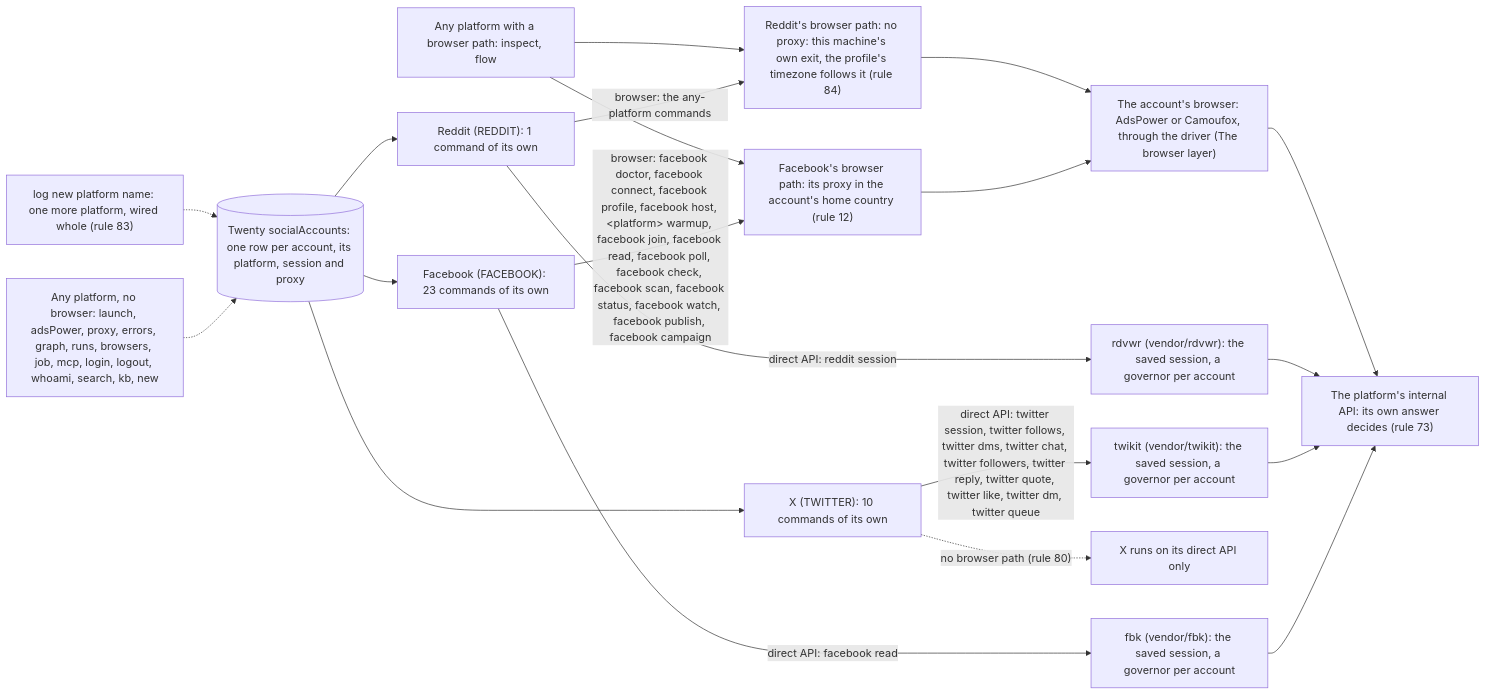
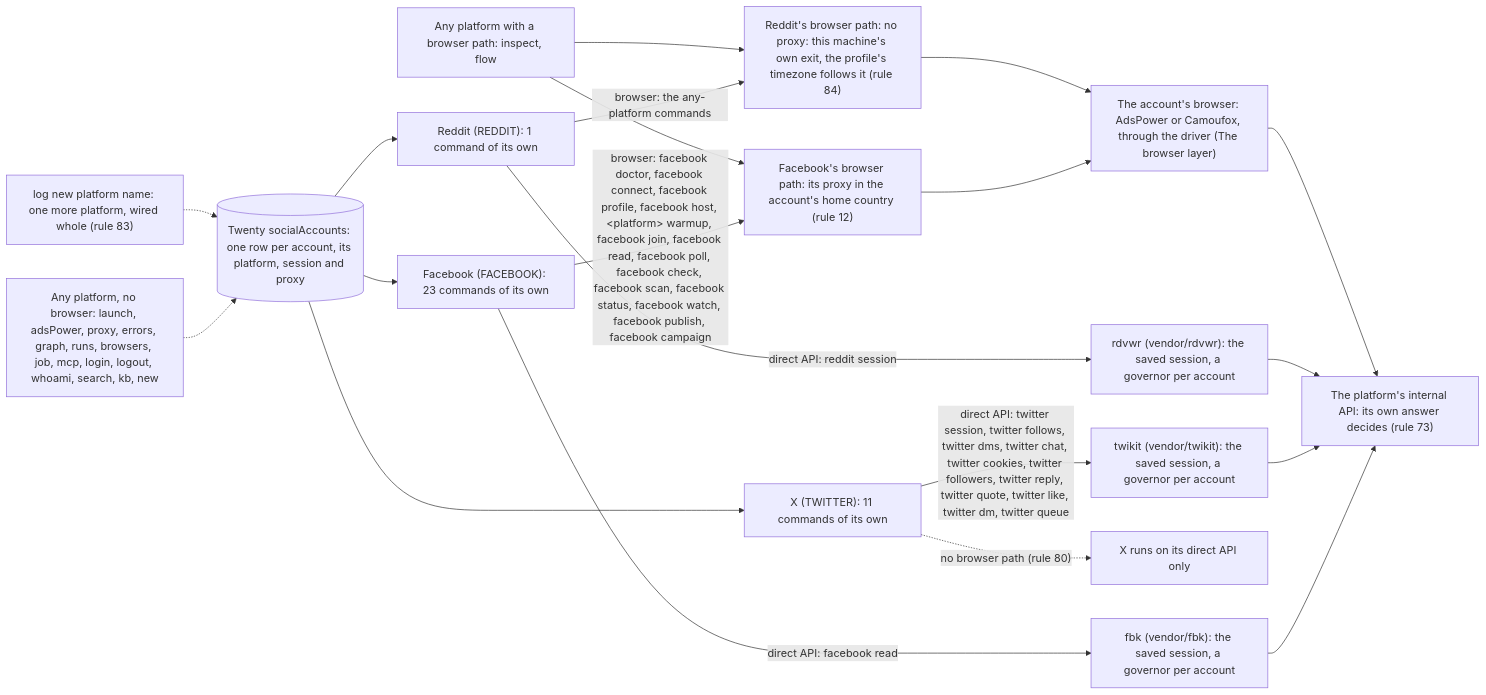
One commit to matthewdonsemail-lab/log changed the first of 6 diagrams in README.md. Above: the diagram before and after it, drawn with Mermaid. The commit also changed other lines of this file and 33 other files, not shown here.

Commit message:
feat(twitter): add any X account to Twenty with cookies save, and a copy style per account

````diff
--- a/README.md
+++ b/README.md
@@ -126,30 +126,30 @@
 ```mermaid
 flowchart LR
   twenty[("Twenty socialAccounts: one row per account, its platform, session and proxy")]
   api["The platform's internal API: its own answer decides (rule 73)"]
   drivers["The account's browser: AdsPower or Camoufox, through the driver (The browser layer)"]
   p_facebook["Facebook (FACEBOOK): 23 commands of its own"]
   twenty --> p_facebook
   p_facebook -->|"direct API: facebook read"| e_fbk["fbk (vendor/fbk): the saved session, a governor per account"]
   e_fbk --> api
   p_facebook -->|"browser: facebook doctor, facebook connect, facebook profile, facebook host, #lt;platform#gt; warmup, facebook join, facebook read, facebook poll, facebook check, facebook scan, facebook status, facebook watch, facebook publish, facebook campaign"| b_facebook["Facebook's browser path: its proxy in the account's home country (rule 12)"]
   b_facebook --> drivers
-  p_twitter["X (TWITTER): 10 commands of its own"]
+  p_twitter["X (TWITTER): 11 commands of its own"]
   twenty --> p_twitter
-  p_twitter -->|"direct API: twitter session, twitter follows, twitter dms, twitter chat, twitter followers, twitter reply, twitter quote, twitter like, twitter dm, twitter queue"| e_twikit["twikit (vendor/twikit): the saved session, a governor per account"]
+  p_twitter -->|"direct API: twitter session, twitter follows, twitter dms, twitter chat, twitter cookies, twitter followers, twitter reply, twitter quote, twitter like, twitter dm, twitter queue"| e_twikit["twikit (vendor/twikit): the saved session, a governor per account"]
   e_twikit --> api
   p_twitter -.->|"no browser path (rule 80)"| nob_twitter["X runs on its direct API only"]
   p_reddit["Reddit (REDDIT): 1 command of its own"]
   twenty --> p_reddit
   p_reddit -->|"direct API: reddit session"| e_rdvwr["rdvwr (vendor/rdvwr): the saved session, a governor per account"]
   e_rdvwr --> api
   p_reddit -->|"browser: the any-platform commands"| b_reddit["Reddit's browser path: no proxy: this machine's own exit, the profile's timezone follows it (rule 84)"]
   b_reddit --> drivers
   anyB["Any platform with a browser path: inspect, flow"]
   anyB --> b_facebook
   anyB --> b_reddit
   anyN["Any platform, no browser: launch, adsPower, proxy, errors, graph, runs, browsers, job, mcp, login, logout, whoami, search, kb, new"]
   anyN -.-> twenty
   newP["log new platform name: one more platform, wired whole (rule 83)"] -.-> twenty
   drivers --> api
 ```
````
